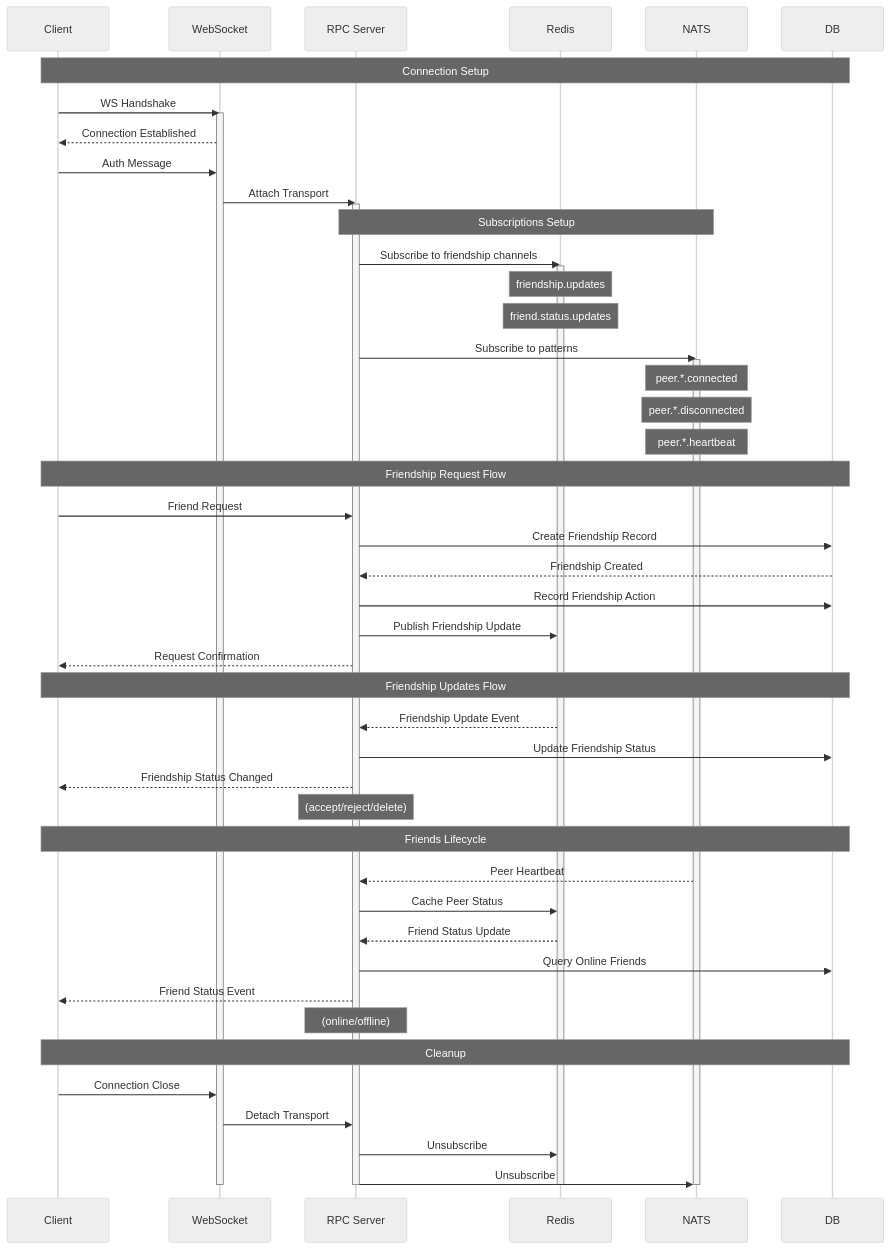
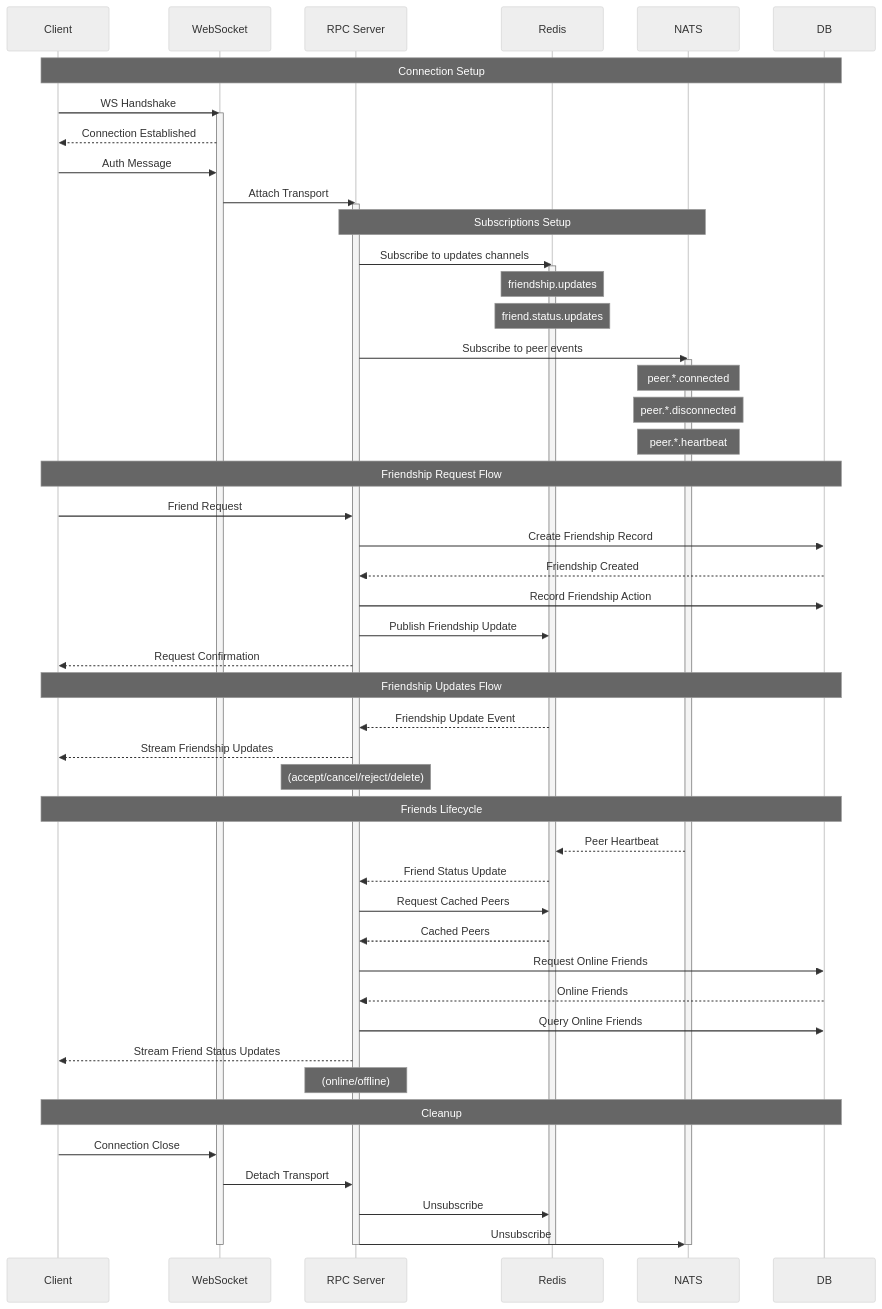
One commit to decentraland/social-service-ea changed the second of 2 diagrams in README.md. Above: the diagram before and after it, drawn with Mermaid (neutral theme).

Commit message:
chore: Some fixes in the seq diag

````diff
--- a/README.md
+++ b/README.md
@@ -99,60 +99,62 @@
 ```mermaid
 sequenceDiagram
     participant Client
     participant WebSocket
     participant RPC Server
     participant Redis
     participant NATS
     participant DB
 
     Note over Client,DB: Connection Setup
     Client->>WebSocket: WS Handshake
     activate WebSocket
     WebSocket-->>Client: Connection Established
     Client->>WebSocket: Auth Message
     WebSocket->>RPC Server: Attach Transport
     activate RPC Server
 
     Note over RPC Server,NATS: Subscriptions Setup
-    RPC Server->>Redis: Subscribe to friendship channels
+    RPC Server->>Redis: Subscribe to updates channels
     activate Redis
     Note over Redis: friendship.updates
     Note over Redis: friend.status.updates
-    RPC Server->>NATS: Subscribe to patterns
+    RPC Server->>NATS: Subscribe to peer events
     activate NATS
     Note over NATS: peer.*.connected
     Note over NATS: peer.*.disconnected
     Note over NATS: peer.*.heartbeat
 
     Note over Client,DB: Friendship Request Flow
     Client->>RPC Server: Friend Request
     RPC Server->>DB: Create Friendship Record
     DB-->>RPC Server: Friendship Created
     RPC Server->>DB: Record Friendship Action
     RPC Server->>Redis: Publish Friendship Update
     RPC Server-->>Client: Request Confirmation
 
     Note over Client,DB: Friendship Updates Flow
     Redis-->>RPC Server: Friendship Update Event
-    RPC Server->>DB: Update Friendship Status
-    RPC Server-->>Client: Friendship Status Changed
-    Note over RPC Server: (accept/reject/delete)
+    RPC Server-->>Client: Stream Friendship Updates
+    Note over RPC Server: (accept/cancel/reject/delete)
 
     Note over Client,DB: Friends Lifecycle
-    NATS-->>RPC Server: Peer Heartbeat
-    RPC Server->>Redis: Cache Peer Status
+    NATS-->>Redis: Peer Heartbeat
     Redis-->>RPC Server: Friend Status Update
+    RPC Server->>Redis: Request Cached Peers
+    Redis-->>RPC Server: Cached Peers
+    RPC Server->>DB: Request Online Friends
+    DB-->>RPC Server: Online Friends
     RPC Server->>DB: Query Online Friends
-    RPC Server-->>Client: Friend Status Event
+    RPC Server-->>Client: Stream Friend Status Updates
     Note over RPC Server: (online/offline)
 
     Note over Client,DB: Cleanup
     Client->>WebSocket: Connection Close
     WebSocket->>RPC Server: Detach Transport
     RPC Server->>Redis: Unsubscribe
     RPC Server->>NATS: Unsubscribe
     deactivate WebSocket
     deactivate RPC Server
     deactivate Redis
     deactivate NATS
 ```
````
